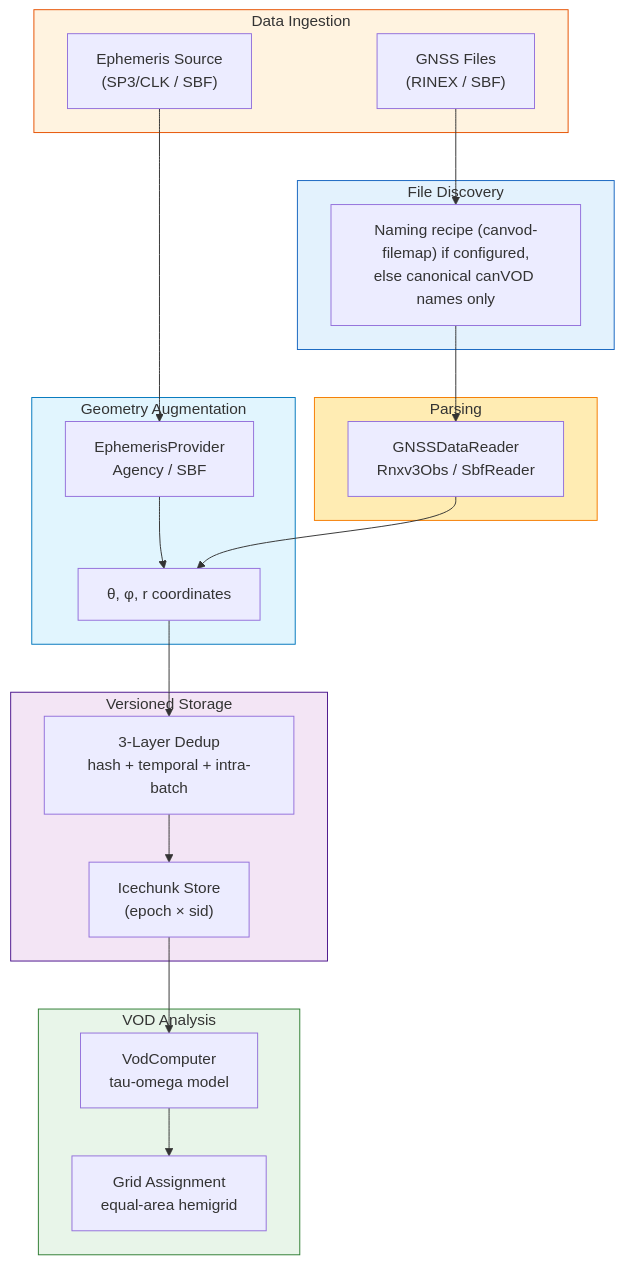
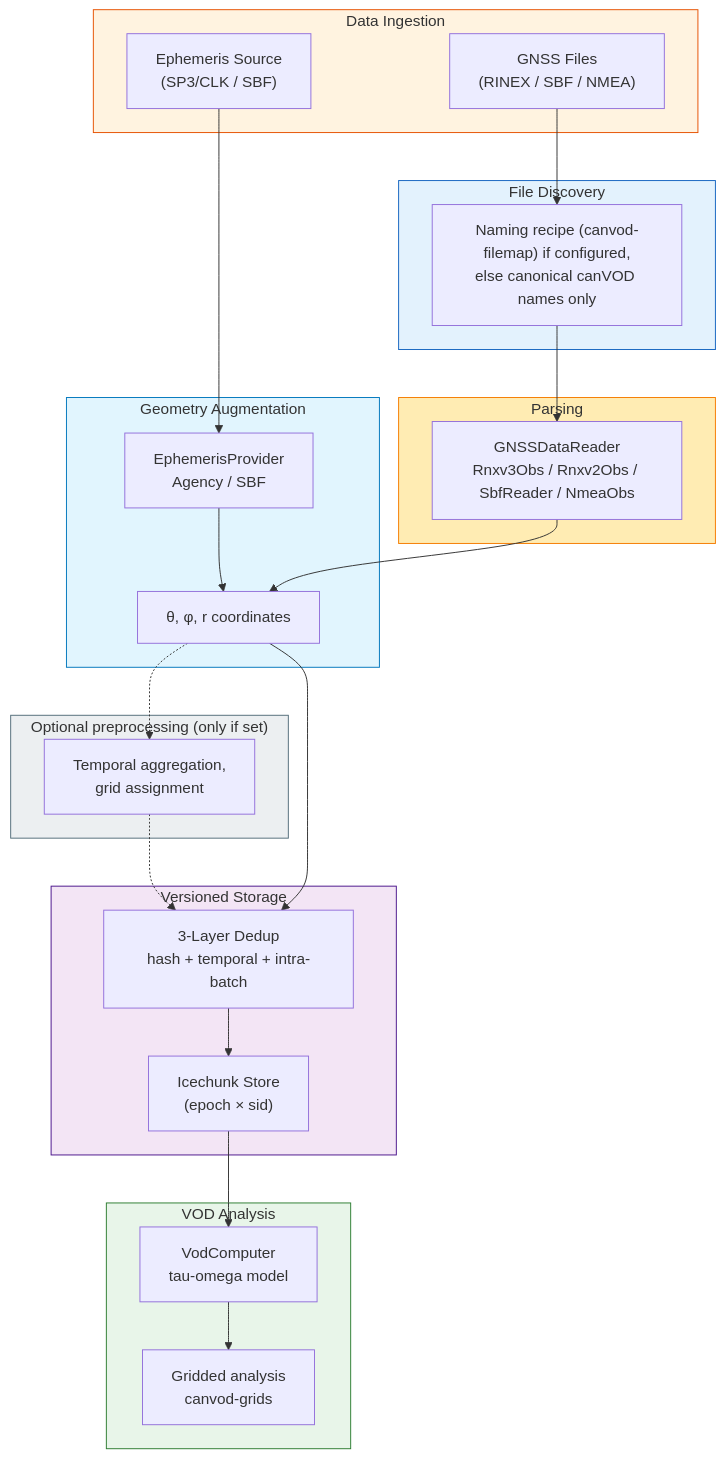
One commit to nfb2021/canvodpy changed the second of 2 diagrams in docs/guides/api-levels.md. Above: the diagram before and after it, drawn with Mermaid. The commit also changed other lines of this file and 7 other files, not shown here.

````diff
--- a/docs/guides/api-levels.md
+++ b/docs/guides/api-levels.md
@@ -235,43 +232,49 @@
 ```mermaid
 flowchart TD
     subgraph Input["Data Ingestion"]
-        FILES["GNSS Files<br/>(RINEX / SBF)"]
+        FILES["GNSS Files<br/>(RINEX / SBF / NMEA)"]
         EPHEM["Ephemeris Source<br/>(SP3/CLK / SBF)"]
     end
 
     subgraph Discovery["File Discovery"]
         FM["Naming recipe (canvod-filemap) if configured,<br/>else canonical canVOD names only"]
     end
 
     subgraph Reading["Parsing"]
-        READER["GNSSDataReader<br/>Rnxv3Obs / SbfReader"]
+        READER["GNSSDataReader<br/>Rnxv3Obs / Rnxv2Obs / SbfReader / NmeaObs"]
     end
 
     subgraph Augmentation["Geometry Augmentation"]
         EP["EphemerisProvider<br/>Agency / SBF"]
         SCS["θ, φ, r coordinates"]
+    end
+
+    subgraph Prep["Optional preprocessing (only if set)"]
+        PRE["Temporal aggregation,<br/>grid assignment"]
     end
 
     subgraph Storage["Versioned Storage"]
         ICE["Icechunk Store<br/>(epoch × sid)"]
         DEDUP["3-Layer Dedup<br/>hash + temporal + intra-batch"]
     end
 
     subgraph Analysis["VOD Analysis"]
         VOD["VodComputer<br/>tau-omega model"]
-        GRID["Grid Assignment<br/>equal-area hemigrid"]
+        GRID["Gridded analysis<br/>canvod-grids"]
     end
 
     FILES --> FM --> READER
     EPHEM --> EP --> SCS
     READER --> SCS
+    SCS -.-> PRE -.-> DEDUP
     SCS --> DEDUP --> ICE
     ICE --> VOD --> GRID
 
     style Input fill:#fff3e0,stroke:#e65100
     style Discovery fill:#e3f2fd,stroke:#1565c0
     style Reading fill:#ffecb3,stroke:#f57c00
     style Augmentation fill:#e1f5fe,stroke:#0277bd
+    style Prep fill:#eceff1,stroke:#546e7a
     style Storage fill:#f3e5f5,stroke:#4a148c
     style Analysis fill:#e8f5e9,stroke:#2e7d32
 ```
````
